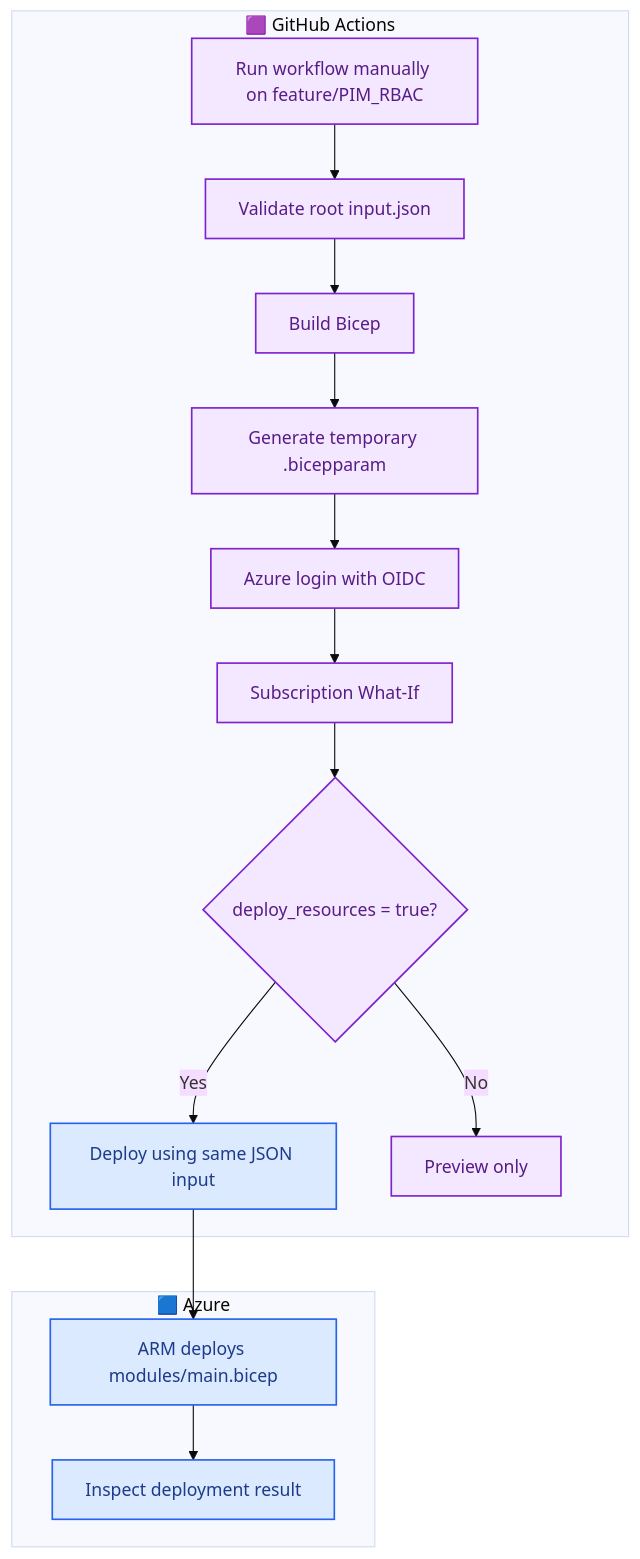
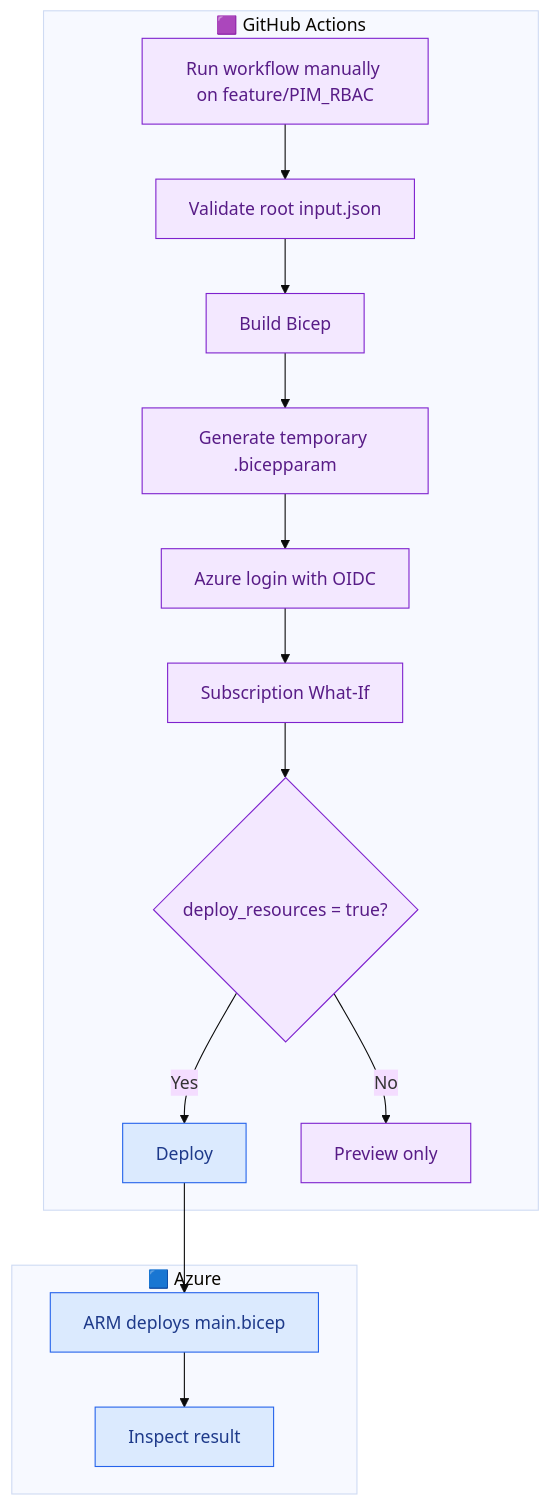
Before and after one commit to OLYMPUSPRIME/GPT-BIFROST: the first of 5 diagrams in README.md, drawn with Mermaid (base theme). The commit also changed other lines of this file, not shown here.

Commit message:
Correct README workflow and deployment instructions for current implementation

````diff
--- a/README.md
+++ b/README.md
@@ -39,22 +39,21 @@
 ```mermaid
 flowchart TD
   subgraph GitHub["🟪 GitHub Actions"]
     A["Run workflow manually on feature/PIM_RBAC"] --> B["Validate root input.json"]
     B --> C["Build Bicep"]
     C --> D["Generate temporary .bicepparam"]
     D --> E["Azure login with OIDC"]
     E --> F["Subscription What-If"]
     F --> G{"deploy_resources = true?"}
-    G -->|Yes| H["Deploy using same JSON input"]
+    G -->|Yes| H["Deploy"]
     G -->|No| I["Preview only"]
   end
   subgraph Azure["🟦 Azure"]
-    H --> J["ARM deploys modules/main.bicep"]
-    J --> K["Inspect deployment result"]
+    H --> J["ARM deploys main.bicep"]
+    J --> K["Inspect result"]
   end
-  classDef github fill:#f3e8ff,stroke:#7e22ce,color:#581c87,stroke-width:1.5px;
-  classDef azure fill:#dbeafe,stroke:#2563eb,color:#1e3a8a,stroke-width:1.5px;
-  classDef action fill:#dcfce7,stroke:#16a34a,color:#14532d,stroke-width:1.5px;
-  class A,B,C,D,E,F,G,I github;
-  class H,J,K azure;
+  classDef gh fill:#f3e8ff,stroke:#7e22ce,color:#581c87;
+  classDef az fill:#dbeafe,stroke:#2563eb,color:#1e3a8a;
+  class A,B,C,D,E,F,G,I gh;
+  class H,J,K az;
 ```
````
